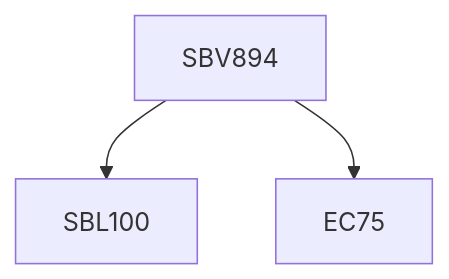
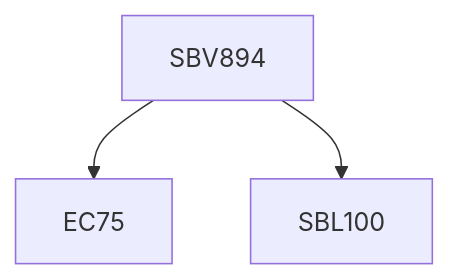
Before and after one commit to KeshavBansal0122/CoS_Website: the diagram in content/Biological Sciences/SBV894.md, drawn with Mermaid. The commit also changed other lines of this file and 2662 other files, not shown here.

````diff
--- a/content/Biological Sciences/SBV894.md
+++ b/content/Biological Sciences/SBV894.md
@@ -13,9 +13,9 @@
 ```mermaid
 flowchart TD
 SBV894-699[SBV894]
+SBV894-699 --> EC75-699[EC75]
 SBV894-699 --> SBL100-699[SBL100]
-SBV894-699 --> EC75-699[EC75]
 
 classDef empty height:17px, fill:transparent, stroke:transparent;
 classDef trueEmpty height:0px, width:0px;
 ```
````
